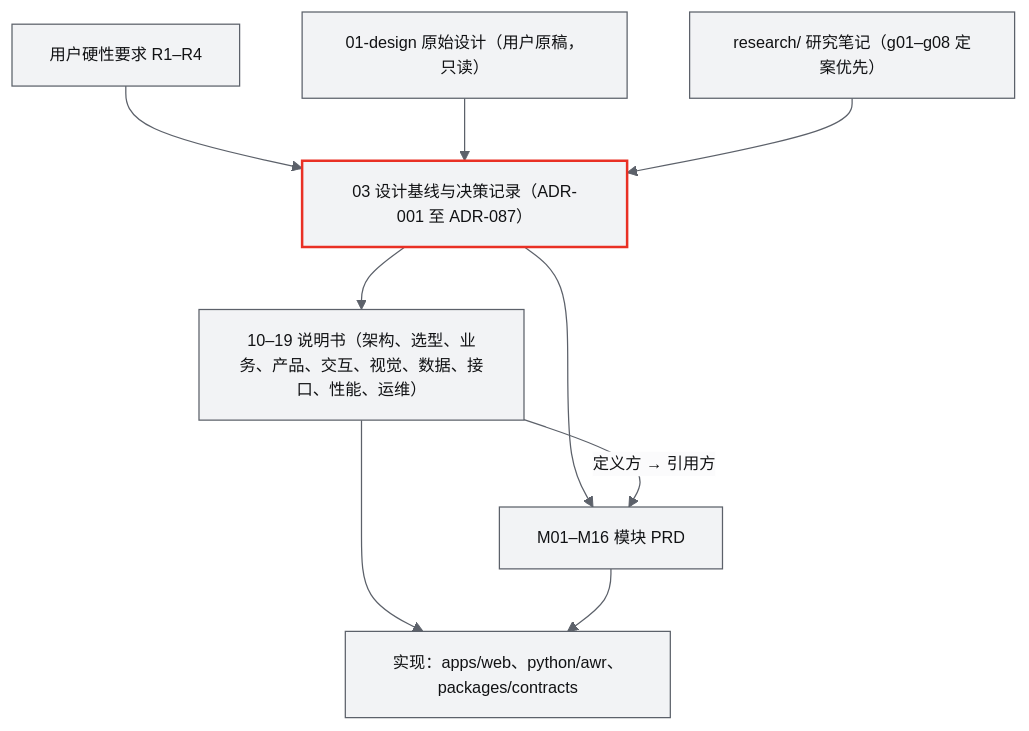
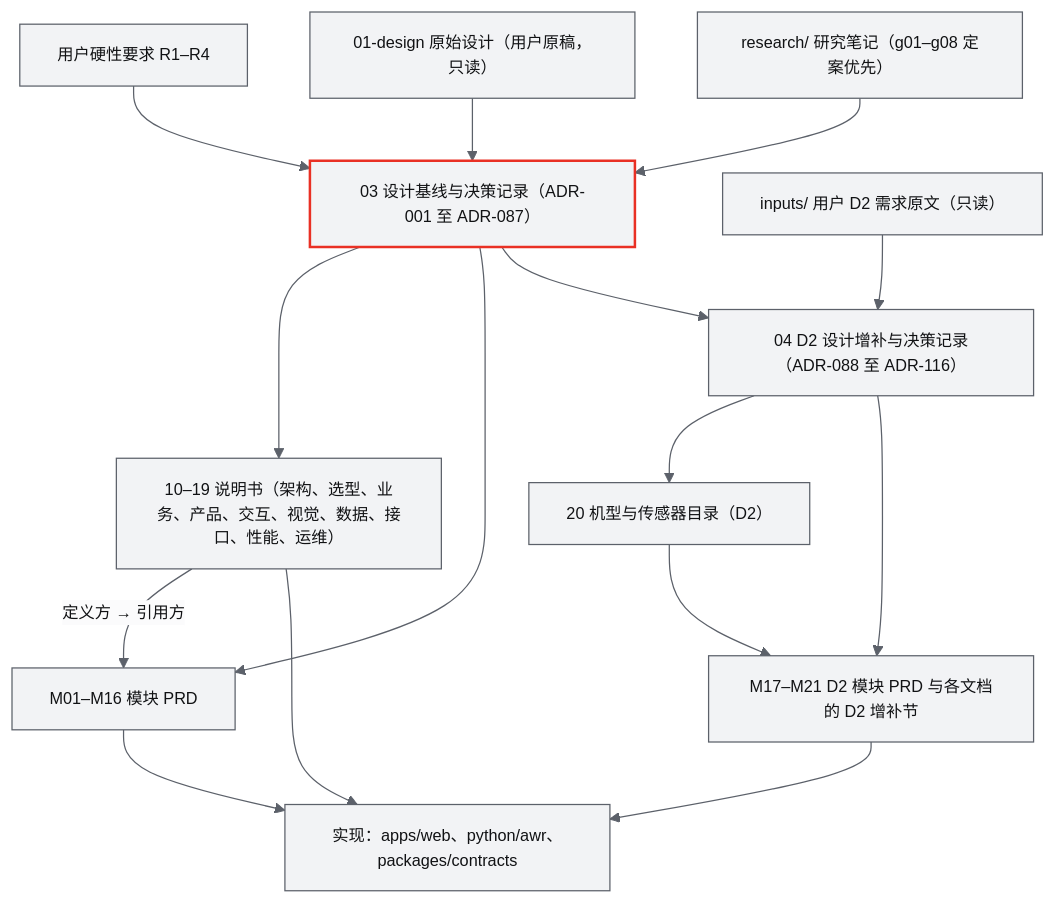
One commit to ANetResearch/ANet-Drone4D changed the diagram in docs/README.md. Above: the diagram before and after it, drawn with Mermaid. The commit also changed other lines of this file and 14 other files, not shown here.

````diff
--- a/docs/README.md
+++ b/docs/README.md
@@ -20,21 +20,31 @@
 ```mermaid
 %%{init: {"theme": "base", "themeVariables": {"fontFamily": "Inter, PingFang SC, Microsoft YaHei, Noto Sans CJK SC, sans-serif", "fontSize": "13px", "background": "#FBFBFC", "primaryColor": "#F2F3F5", "primaryTextColor": "#111214", "primaryBorderColor": "#5C616A", "secondaryColor": "#E4E6E9", "tertiaryColor": "#FBFBFC", "lineColor": "#5C616A", "textColor": "#111214", "mainBkg": "#F2F3F5", "nodeBorder": "#5C616A", "clusterBkg": "#FBFBFC", "clusterBorder": "#A7ABB3", "edgeLabelBackground": "#FBFBFC", "noteBkgColor": "#E4E6E9", "noteTextColor": "#111214", "noteBorderColor": "#81868F"}}}%%
 flowchart TD
   R["用户硬性要求 R1–R4"]
   D["01-design 原始设计（用户原稿，只读）"]
   RS["research/ 研究笔记（g01–g08 定案优先）"]
   B["03 设计基线与决策记录（ADR-001 至 ADR-087）"]
+  IN["inputs/ 用户 D2 需求原文（只读）"]
+  B2["04 D2 设计增补与决策记录（ADR-088 至 ADR-116）"]
+  CAT["20 机型与传感器目录（D2）"]
+  M2["M17–M21 D2 模块 PRD 与各文档的 D2 增补节"]
   S["10–19 说明书（架构、选型、业务、产品、交互、视觉、数据、接口、性能、运维）"]
   M["M01–M16 模块 PRD"]
   I["实现：apps/web、python/awr、packages/contracts"]
   R --> B
   D --> B
   RS --> B
   B --> S
   B --> M
   S -- "定义方 → 引用方" --> M
   S --> I
   M --> I
+  IN --> B2
+  B --> B2
+  B2 --> CAT
+  B2 --> M2
+  CAT --> M2
+  M2 --> I
   classDef hero stroke:#E93024,stroke-width:2px
   class B hero
 ```
````
